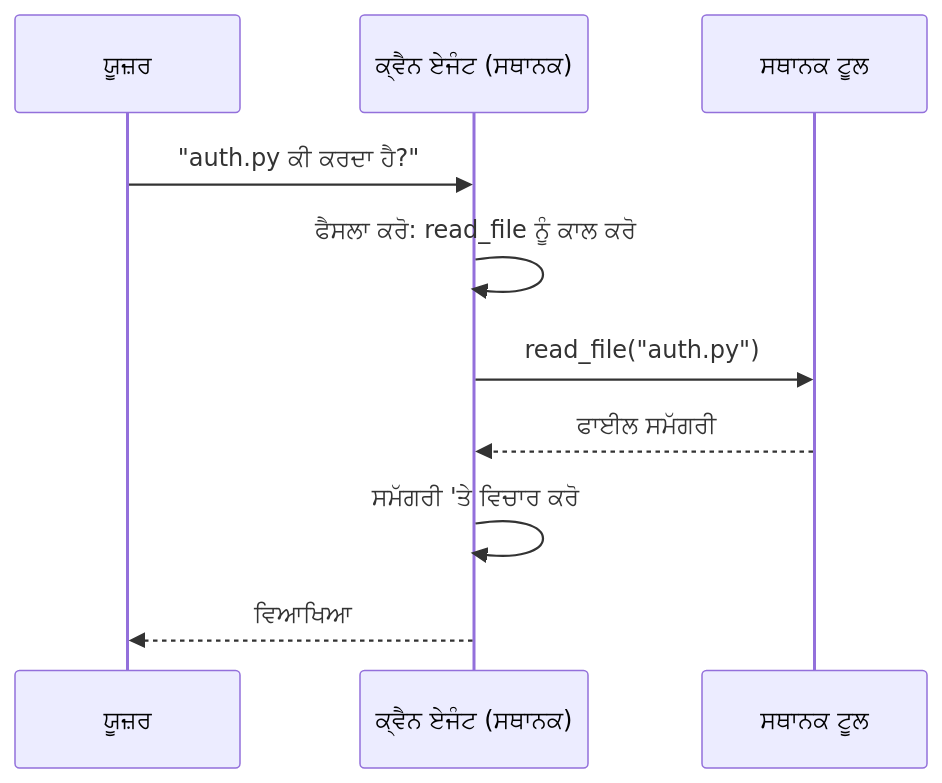
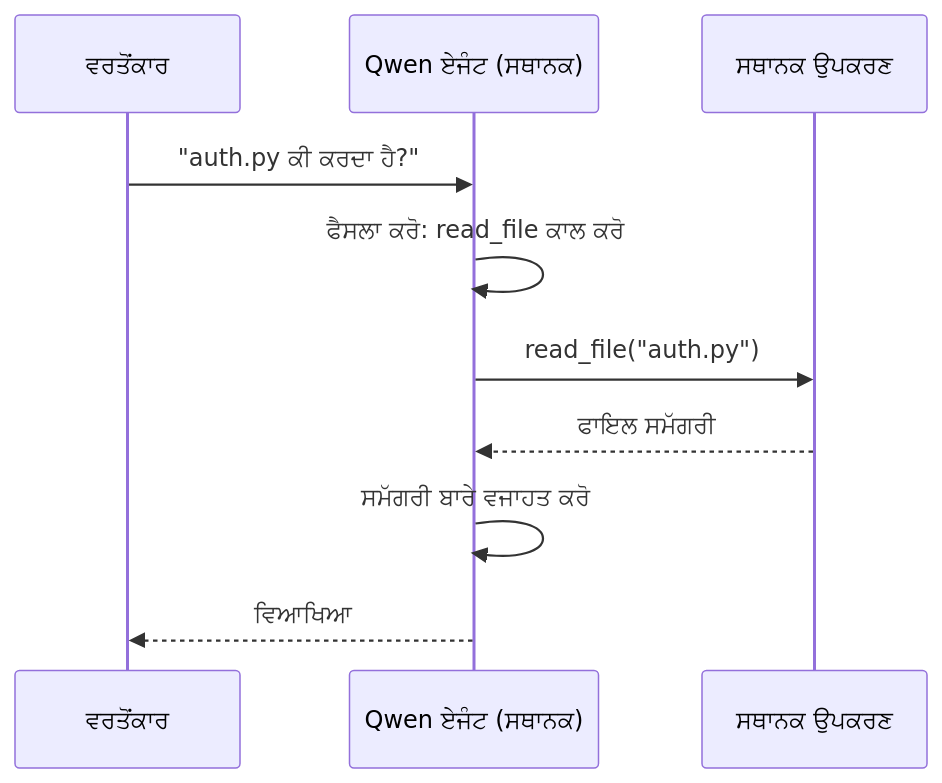
Before and after one commit to microsoft/ai-agents-for-beginners: the second of 4 diagrams in translations/pa/17-creating-local-ai-agents/README.md, drawn with Mermaid. The commit also changed other lines of this file and 46 other files, not shown here.

````diff
--- a/translations/pa/17-creating-local-ai-agents/README.md
+++ b/translations/pa/17-creating-local-ai-agents/README.md
@@ -106,12 +106,12 @@
 ```mermaid
 sequenceDiagram
-    participant U as ਯੂਜ਼ਰ
-    participant A as ਕ੍ਵੈਨ ਏਜੰਟ (ਸਥਾਨਕ)
-    participant T as ਸਥਾਨਕ ਟੂਲ
+    participant U as ਵਰਤੋਂਕਾਰ
+    participant A as Qwen ਏਜੰਟ (ਸਥਾਨਕ)
+    participant T as ਸਥਾਨਕ ਉਪਕਰਣ
     U->>A: "auth.py ਕੀ ਕਰਦਾ ਹੈ?"
-    A->>A: ਫੈਸਲਾ ਕਰੋ: read_file ਨੂੰ ਕਾਲ ਕਰੋ
+    A->>A: ਫੈਸਲਾ ਕਰੋ: read_file ਕਾਲ ਕਰੋ
     A->>T: read_file("auth.py")
-    T-->>A: ਫਾਈਲ ਸਮੱਗਰੀ
-    A->>A: ਸਮੱਗਰੀ 'ਤੇ ਵਿਚਾਰ ਕਰੋ
+    T-->>A: ਫਾਇਲ ਸਮੱਗਰੀ
+    A->>A: ਸਮੱਗਰੀ ਬਾਰੇ ਵਜਾਹਤ ਕਰੋ
     A-->>U: ਵਿਆਖਿਆ
 ```
````
